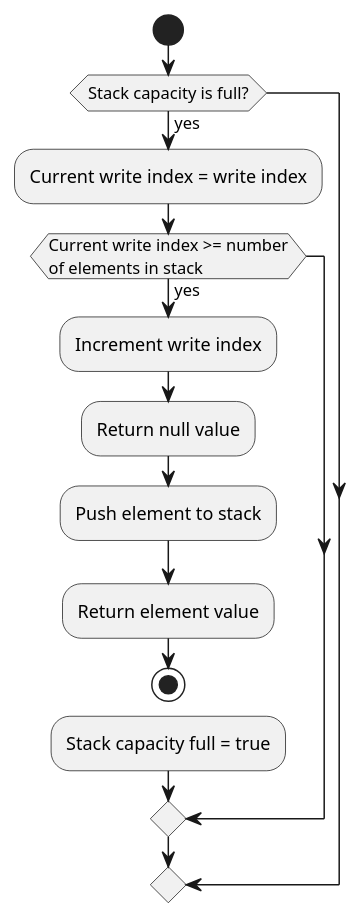
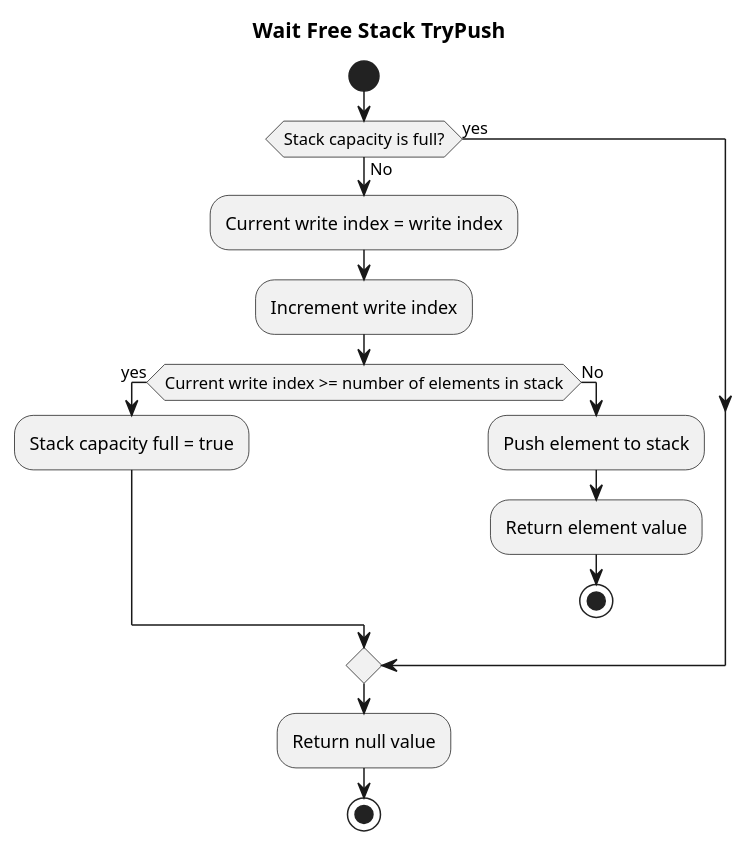
One commit to eclipse-score/inc_mw_log changed the diagram in design/wait_free_stack_trypush.puml. Above: the diagram before and after it, drawn with PlantUML. The commit also changed 8 other files, not shown here.

Commit message:
Fixing some diagrams

```diff
--- a/design/wait_free_stack_trypush.puml
+++ b/design/wait_free_stack_trypush.puml
@@ -1,13 +1,18 @@
 @startuml
+title Wait Free Stack TryPush
 start
 if (Stack capacity is full?) then (yes)
-:Current write index = write index;
-if (Current write index >= number
-of elements in stack) then (yes)
-:Increment write index;
-:Return null value;
-:Push element to stack;
-:Return element value;
+else (No)
+    :Current write index = write index;
+    :Increment write index;
+    if (Current write index >= number of elements in stack) then (yes)
+        :Stack capacity full = true;
+    else (No)
+    :Push element to stack;
+    :Return element value;
+    stop
+    endif
+endif
+    :Return null value;
 stop
-:Stack capacity full = true;
 @enduml
```
